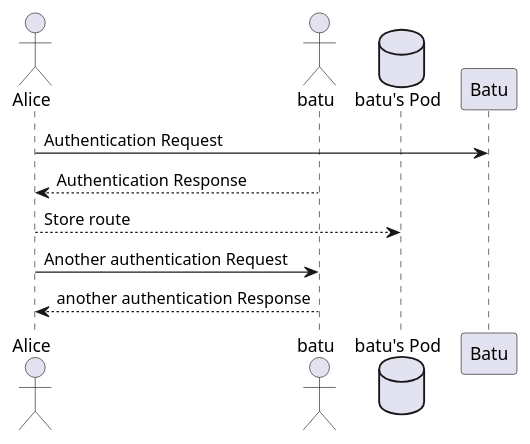
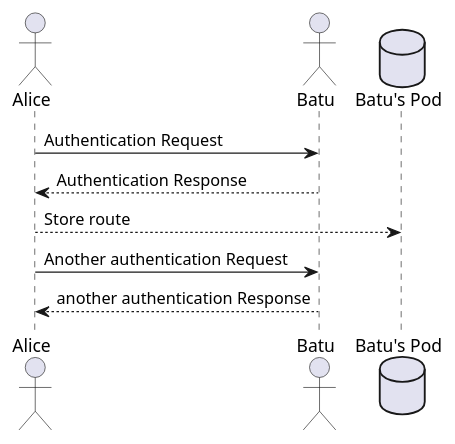
One commit to Arquisoft/lomap_en3b changed the diagram in docs/06_runtime_view.adoc. Above: the diagram before and after it, drawn with PlantUML. The commit also changed 3 other files, not shown here.

Commit message:
Generating UML from plant uml using ascii doc

```diff
--- a/docs/06_runtime_view.adoc
+++ b/docs/06_runtime_view.adoc
@@ -42,11 +42,11 @@
 [plantuml,"Sequence diagram",png]
 ----
 actor Alice
-actor batu
-database Pod as "batu's Pod"
+actor Batu
+database Pod as "Batu's Pod"
 Alice -> Batu: Authentication Request
-batu --> Alice: Authentication Response
+Batu --> Alice: Authentication Response
 Alice  --> Pod: Store route
-Alice ->batu: Another authentication Request
-Alice <-- batu: another authentication Response
+Alice ->Batu: Another authentication Request
+Alice <-- Batu: another authentication Response
 ----
```
